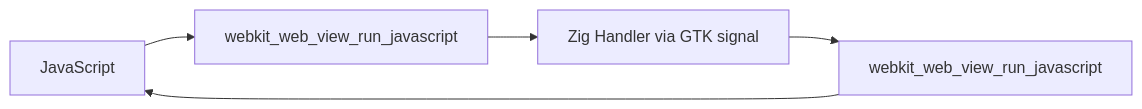
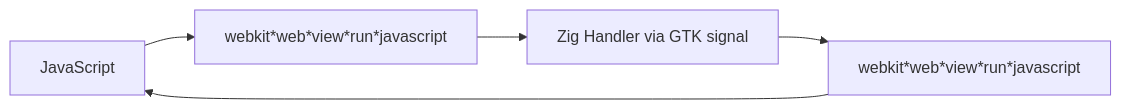
The fifth of 9 diagrams in docs/architecture/bridge-protocol.md (home-lang/craft), drawn with Mermaid before and after one commit. The commit also changed other lines of this file and 46 other files, not shown here.

````diff
--- a/docs/architecture/bridge-protocol.md
+++ b/docs/architecture/bridge-protocol.md
@@ -121,7 +121,7 @@
 ```mermaid
 graph LR
-    JS[JavaScript] --> WK[webkit_web_view_run_javascript]
+    JS[JavaScript] --> WK[webkit*web*view*run*javascript]
     WK --> ZIG[Zig Handler via GTK signal]
-    ZIG --> WK2[webkit_web_view_run_javascript]
+    ZIG --> WK2[webkit*web*view*run*javascript]
     WK2 --> JS
 ```
````
